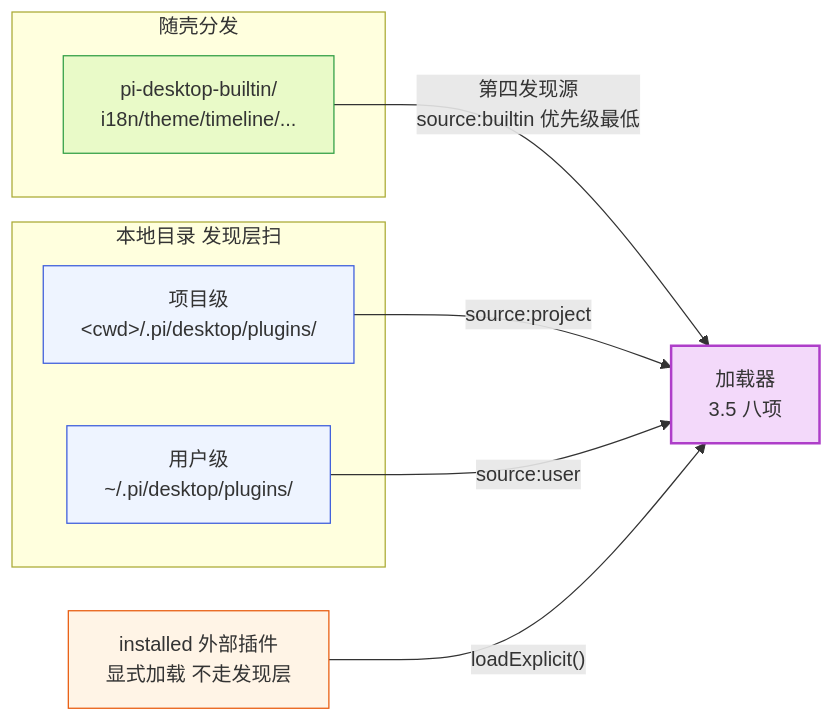
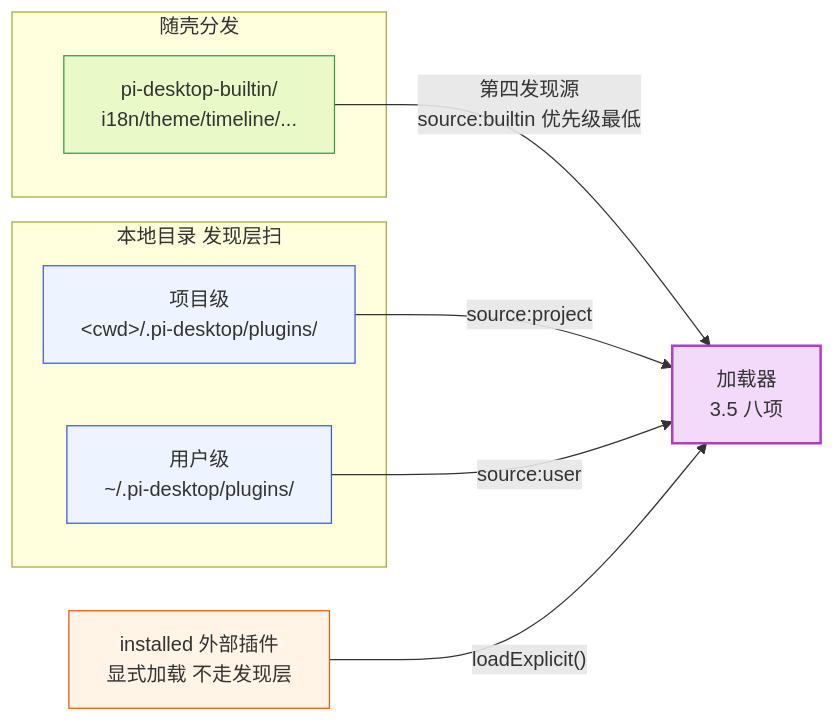
Diagram 14 of 38 in docs/structure/17-structure-tech-stack.md (GOODDAYDAY/my-harness-desktop), drawn with Mermaid before and after one commit. The commit also changed other lines of this file and 21 other files, not shown here.

````diff
--- a/docs/structure/17-structure-tech-stack.md
+++ b/docs/structure/17-structure-tech-stack.md
@@ -1205,23 +1205,23 @@
 ```mermaid
 flowchart LR
     subgraph DIST["随壳分发"]
         BUILTIN["pi-desktop-builtin/<br/>i18n/theme/timeline/..."]
     end
     subgraph LOCAL["本地目录 发现层扫"]
-        PROJ["项目级<br/>&lt;cwd&gt;/.pi/desktop/plugins/"]
-        USER["用户级<br/>~/.pi/desktop/plugins/"]
+        PROJ["项目级<br/>&lt;cwd&gt;/.pi-desktop/plugins/"]
+        USER["用户级<br/>~/.pi-desktop/plugins/"]
     end
     INST["installed 外部插件<br/>显式加载 不走发现层"]
     BUILTIN -->|"第四发现源<br/>source:builtin 优先级最低"| LOADER["加载器<br/>3.5 八项"]
     PROJ -->|"source:project"| LOADER
     USER -->|"source:user"| LOADER
     INST -->|"loadExplicit()"| LOADER
     classDef dist fill:#e9fac8,stroke:#2f9e44;
     classDef local fill:#eef4ff,stroke:#3b5bdb;
     classDef ext fill:#fff4e6,stroke:#e8590c;
     classDef load fill:#f3d9fa,stroke:#ae3ec9,stroke-width:2px;
     class BUILTIN dist;
     class PROJ,USER local;
     class INST ext;
     class LOADER load;
 ```
````
